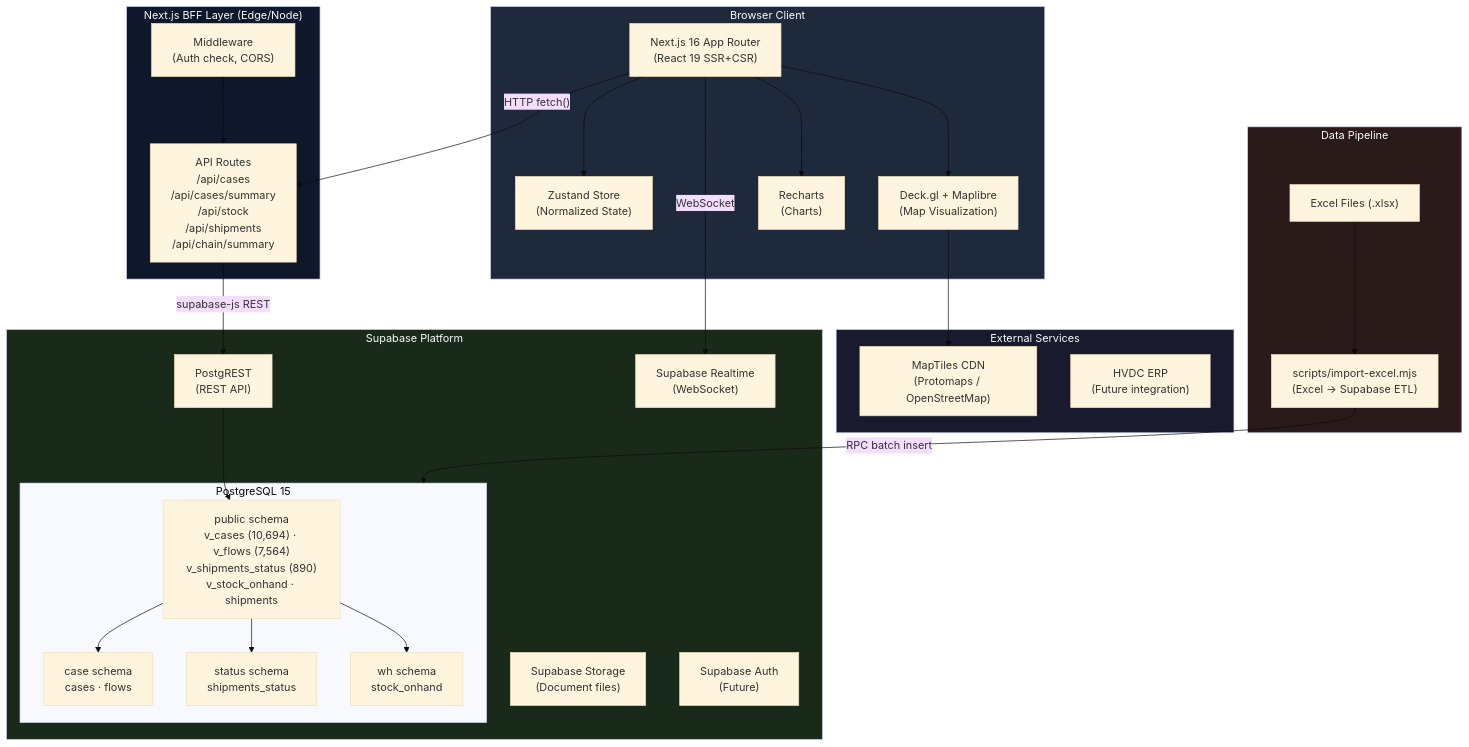
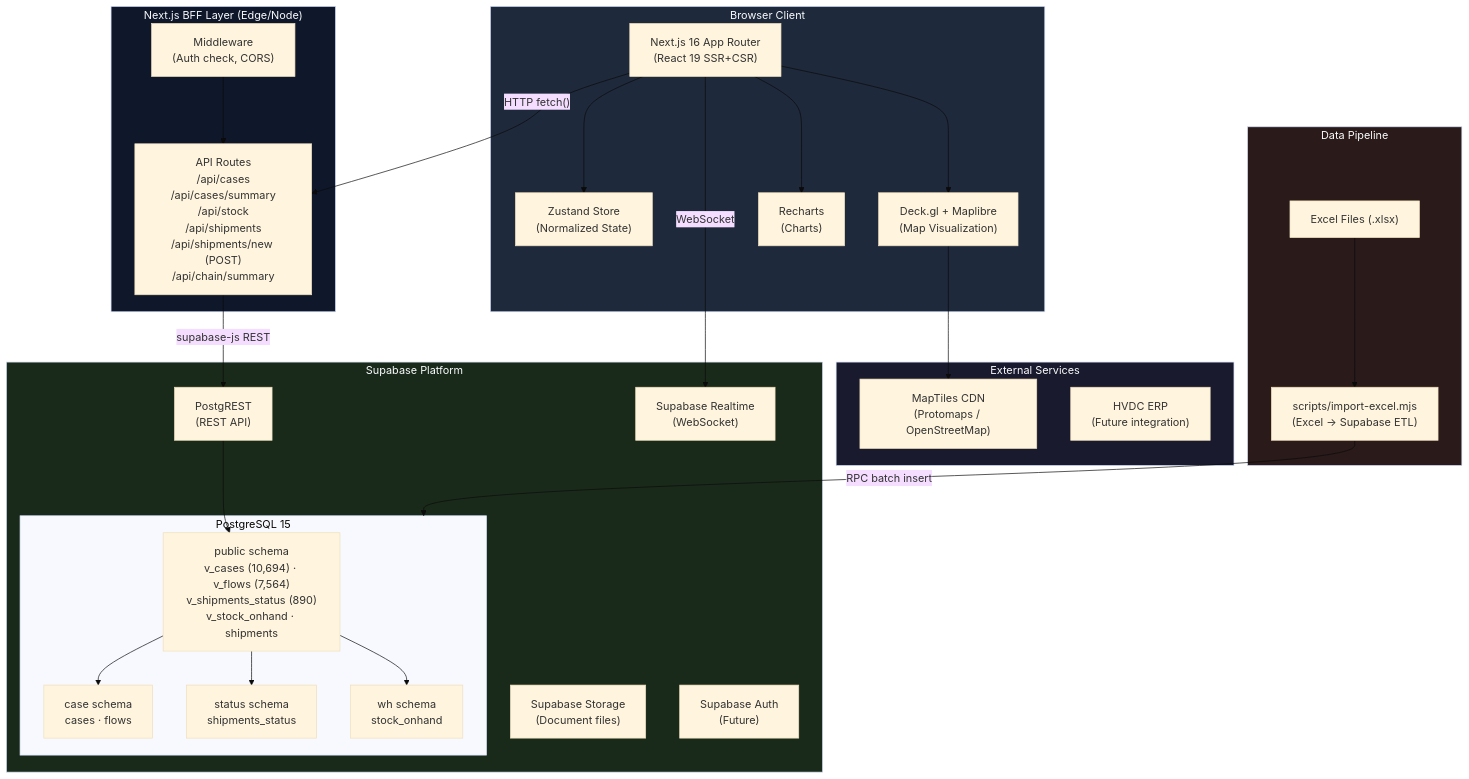
The first of 21 diagrams in apps/logistics-dashboard/docs/SYSTEM-ARCHITECTURE.md (macho715/logi_hvdc_dash), drawn with Mermaid (base theme) before and after one commit. The commit also changed other lines of this file and 3 other files, not shown here.

````diff
--- a/apps/logistics-dashboard/docs/SYSTEM-ARCHITECTURE.md
+++ b/apps/logistics-dashboard/docs/SYSTEM-ARCHITECTURE.md
@@ -41,58 +44,58 @@
 ```mermaid
 graph TB
     subgraph Client["Browser Client"]
         NextApp["Next.js 16 App Router<br/>(React 19 SSR+CSR)"]
         Zustand["Zustand Store<br/>(Normalized State)"]
         DeckGL["Deck.gl + Maplibre<br/>(Map Visualization)"]
         Recharts["Recharts<br/>(Charts)"]
     end
 
     subgraph BFF["Next.js BFF Layer (Edge/Node)"]
-        APIRoutes["API Routes<br/>/api/cases<br/>/api/cases/summary<br/>/api/stock<br/>/api/shipments<br/>/api/chain/summary"]
+        APIRoutes["API Routes<br/>/api/cases<br/>/api/cases/summary<br/>/api/stock<br/>/api/shipments<br/>/api/shipments/new (POST)<br/>/api/chain/summary"]
         Middleware["Middleware<br/>(Auth check, CORS)"]
     end
 
     subgraph Supabase["Supabase Platform"]
         PostgREST["PostgREST<br/>(REST API)"]
         Realtime["Supabase Realtime<br/>(WebSocket)"]
         subgraph PG["PostgreSQL 15"]
             PublicSchema["public schema<br/>v_cases (10,694) · v_flows (7,564)<br/>v_shipments_status (890)<br/>v_stock_onhand · shipments"]
             CaseSchema["case schema<br/>cases · flows"]
             StatusSchema["status schema<br/>shipments_status"]
             WhSchema["wh schema<br/>stock_onhand"]
         end
         Storage["Supabase Storage<br/>(Document files)"]
         Auth["Supabase Auth<br/>(Future)"]
     end
 
     subgraph External["External Services"]
         MapTiles["MapTiles CDN<br/>(Protomaps / OpenStreetMap)"]
         HVDC_API["HVDC ERP<br/>(Future integration)"]
     end
 
     subgraph ETL["Data Pipeline"]
         Excel["Excel Files (.xlsx)"]
         ImportScript["scripts/import-excel.mjs<br/>(Excel → Supabase ETL)"]
     end
 
     NextApp -->|"HTTP fetch()"| APIRoutes
     NextApp -->|"WebSocket"| Realtime
     APIRoutes -->|"supabase-js REST"| PostgREST
     PostgREST --> PublicSchema
     PublicSchema --> CaseSchema
     PublicSchema --> StatusSchema
     PublicSchema --> WhSchema
     NextApp --> Zustand
     NextApp --> DeckGL
     DeckGL --> MapTiles
     NextApp --> Recharts
     Middleware --> APIRoutes
     Excel --> ImportScript
     ImportScript -->|"RPC batch insert"| PG
 
     style Client fill:#1e293b,color:#f8fafc
     style BFF fill:#0f172a,color:#f8fafc
     style Supabase fill:#1a2a1a,color:#f8fafc
     style External fill:#1a1a2e,color:#f8fafc
     style ETL fill:#2a1a1a,color:#f8fafc
 ```
````
